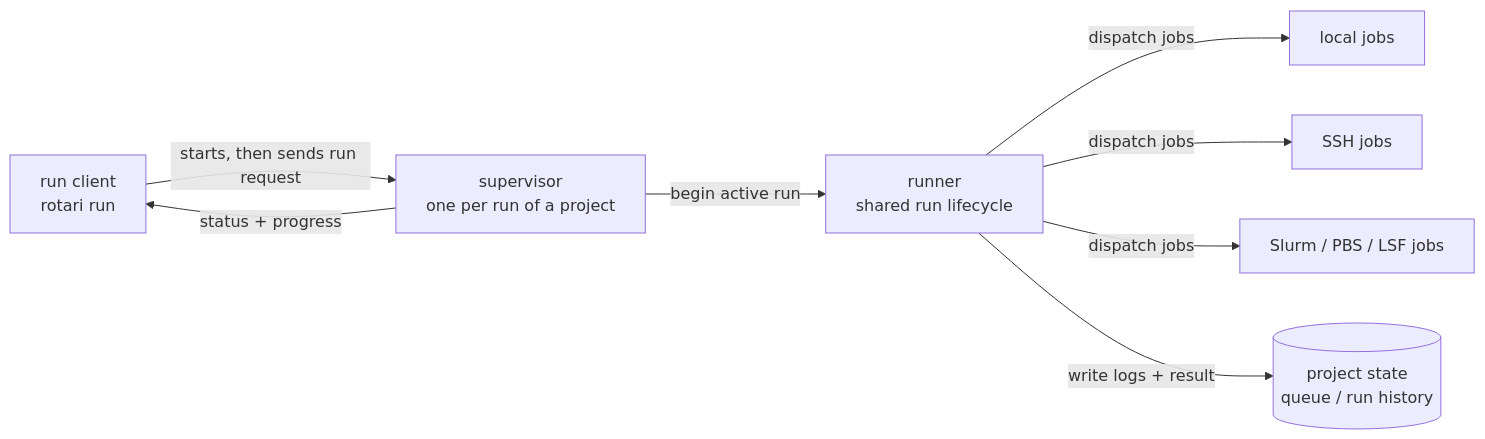
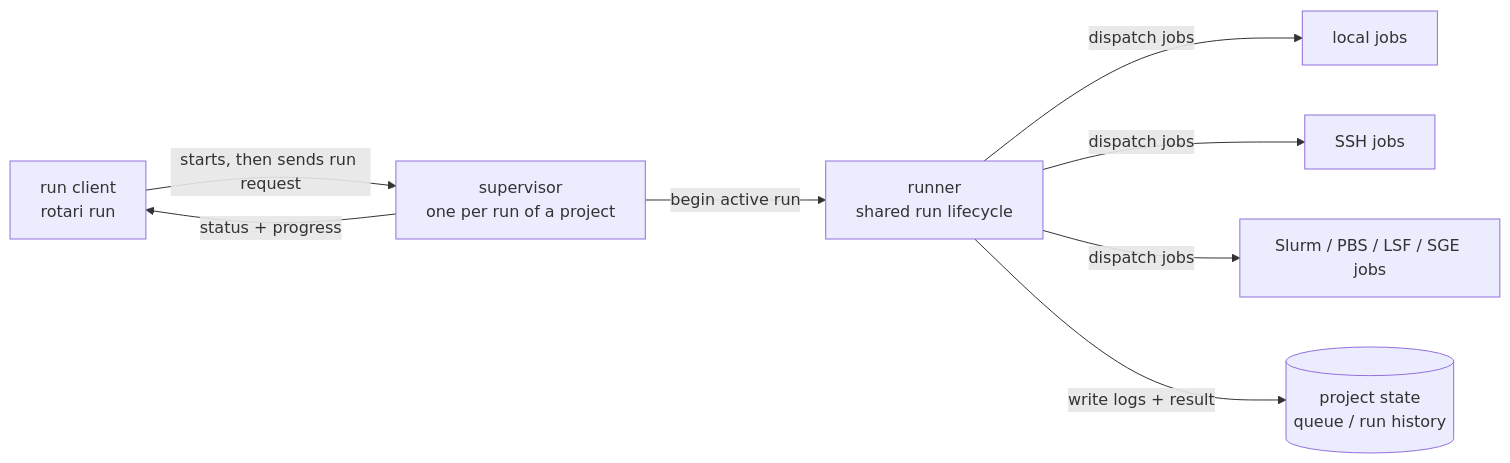
One commit to kamo-naoyuki/rotari changed the second of 2 diagrams in docs/CONCEPTS.md. Above: the diagram before and after it, drawn with Mermaid. The commit also changed 30 other files, not shown here.

````diff
--- a/docs/CONCEPTS.md
+++ b/docs/CONCEPTS.md
@@ -241,10 +241,10 @@
 ```mermaid
 flowchart LR
     Client["run client\nrotari run"] -->|starts, then sends run request| Server["supervisor\none per run of a project"]
     Server -->|begin active run| Runner["runner\nshared run lifecycle"]
     Runner -->|dispatch jobs| Local["local jobs"]
     Runner -->|dispatch jobs| SSH["SSH jobs"]
-    Runner -->|dispatch jobs| Scheduler["Slurm / PBS / LSF jobs"]
+    Runner -->|dispatch jobs| Scheduler["Slurm / PBS / LSF / SGE jobs"]
     Runner -->|write logs + result| State[("project state\nqueue / run history")]
     Server -->|status + progress| Client
 ```
````
